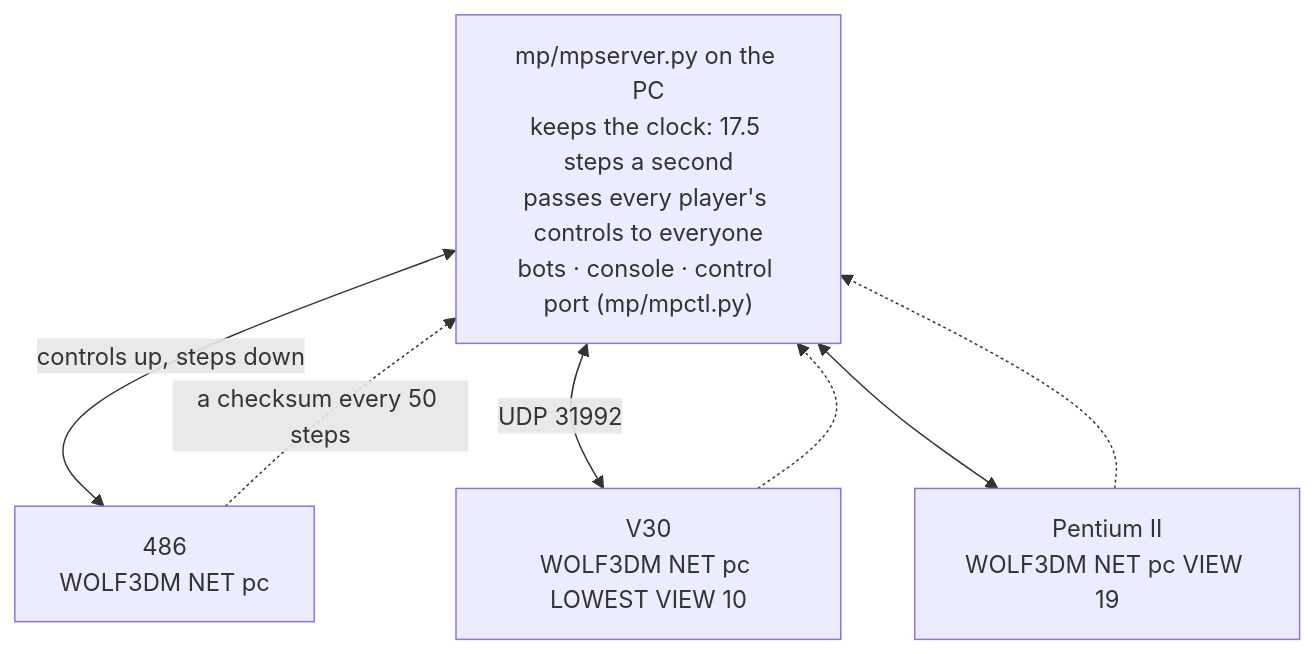
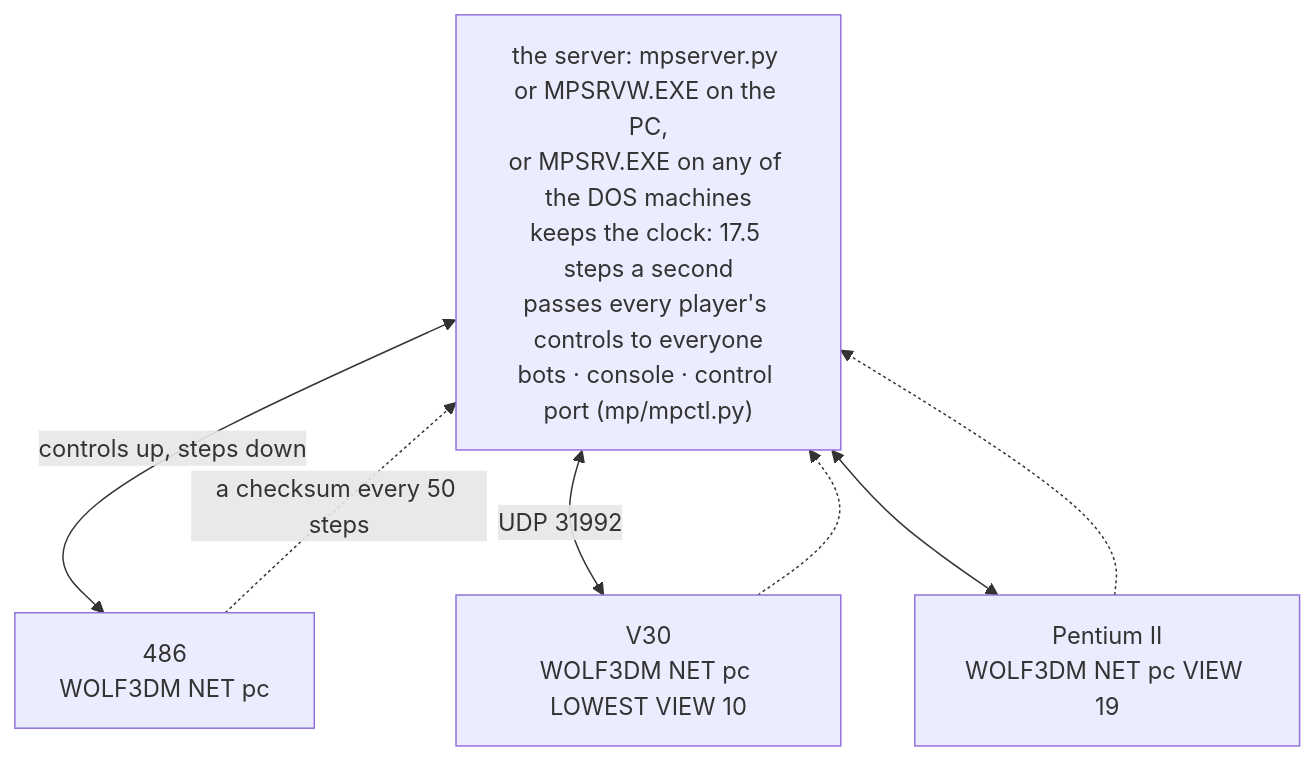
The fifth of 5 diagrams in PIPELINE.md (jdredd87/Wolf3D-V30), drawn with Mermaid before and after one commit. The commit also changed other lines of this file and 2 other files, not shown here.

````diff
--- a/PIPELINE.md
+++ b/PIPELINE.md
@@ -114,10 +120,10 @@
 ```mermaid
 flowchart TB
-    S["mp/mpserver.py on the PC<br/>keeps the clock: 17.5 steps a second<br/>passes every player's controls to everyone<br/>bots · console · control port (mp/mpctl.py)"]
+    S["the server: mpserver.py or MPSRVW.EXE on the PC,<br/>or MPSRV.EXE on any of the DOS machines<br/>keeps the clock: 17.5 steps a second<br/>passes every player's controls to everyone<br/>bots · console · control port (mp/mpctl.py)"]
     S <-->|"controls up, steps down"| A["486<br/>WOLF3DM NET pc"]
     S <-->|UDP 31992| V["V30<br/>WOLF3DM NET pc LOWEST VIEW 10"]
     S <--> P["Pentium II<br/>WOLF3DM NET pc VIEW 19"]
     A -. "a checksum every 50 steps" .-> S
     V -.-> S
     P -.-> S
 ```
````
